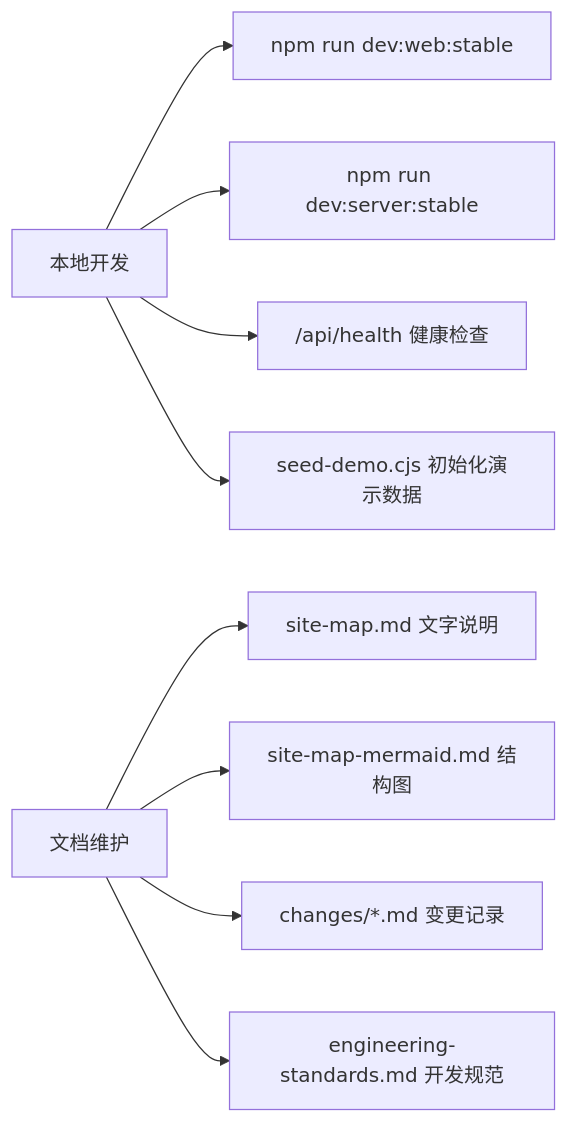
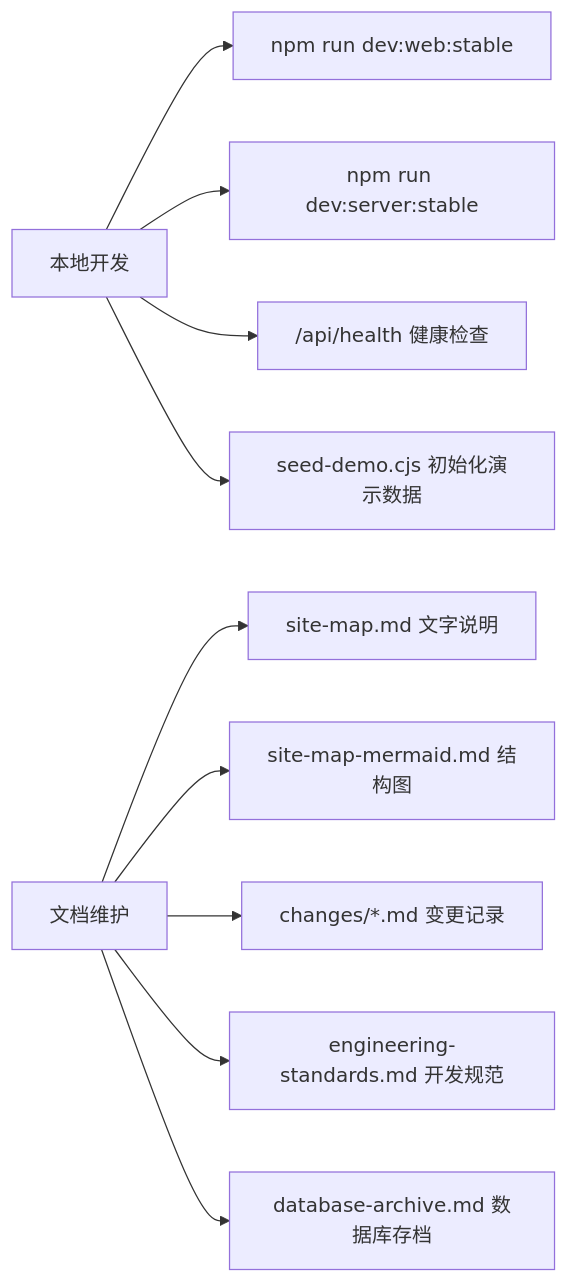
One commit to Depthukesh/ai-omni-ops-system changed diagram 11 of 11 in docs/site-map-mermaid.md. Above: the diagram before and after it, drawn with Mermaid. The commit also changed other lines of this file and 13 other files, not shown here.

Commit message:
feat: add skill prompt registry and database archive

````diff
--- a/docs/site-map-mermaid.md
+++ b/docs/site-map-mermaid.md
@@ -441,14 +450,15 @@
 ```mermaid
 flowchart LR
     Dev["本地开发"]
     Dev --> W1["npm run dev:web:stable"]
     Dev --> W2["npm run dev:server:stable"]
     Dev --> W3["/api/health 健康检查"]
     Dev --> W4["seed-demo.cjs 初始化演示数据"]
 
     Docs["文档维护"]
     Docs --> D1["site-map.md 文字说明"]
     Docs --> D2["site-map-mermaid.md 结构图"]
     Docs --> D3["changes/*.md 变更记录"]
     Docs --> D4["engineering-standards.md 开发规范"]
+    Docs --> D5["database-archive.md 数据库存档"]
 ```
````
